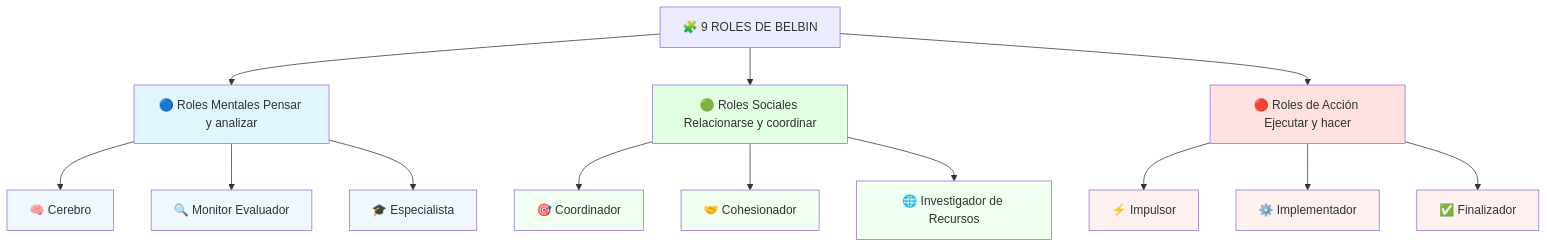
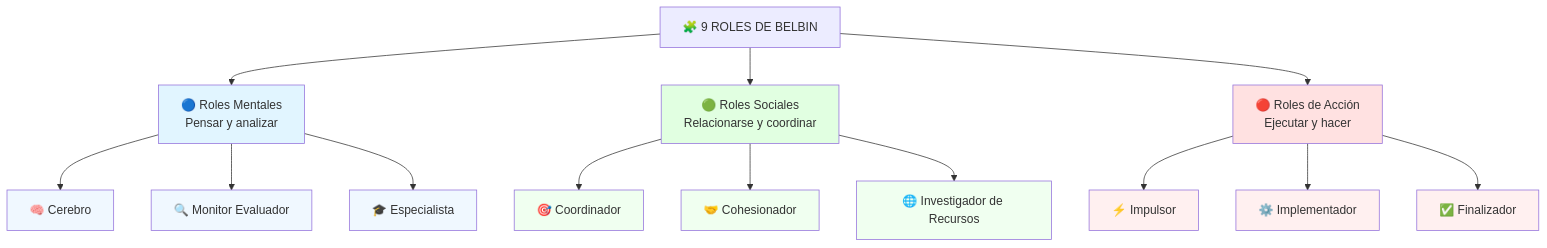
The diagram in Universidad/2do Semestre/Computación y Sociedad/Unidad 3 - Implicaciones Sociales/03 - Belbin.md (Fsteven22/Notas-de-Universidad-Freddy-Sanchez-), drawn with Mermaid before and after one commit. The commit also changed other lines of this file and 51 other files, not shown here.

````diff
--- a/Universidad/2do Semestre/Computación y Sociedad/Unidad 3 - Implicaciones Sociales/03 - Belbin.md
+++ b/Universidad/2do Semestre/Computación y Sociedad/Unidad 3 - Implicaciones Sociales/03 - Belbin.md
@@ -26,31 +26,31 @@
 ```mermaid
 graph TD
-    A[🧩 9 ROLES DE BELBIN] --> B[🔵 Roles Mentales Pensar y analizar]
-    A --> C[🟢 Roles Sociales Relacionarse y coordinar]
-    A --> D[🔴 Roles de Acción Ejecutar y hacer]
+    A[🧩 9 ROLES DE BELBIN] --> B[🔵 Roles Mentales<br/>Pensar y analizar]
+    A --> C[🟢 Roles Sociales<br/>Relacionarse y coordinar]
+    A --> D[🔴 Roles de Acción<br/>Ejecutar y hacer]
 
     B --> B1[🧠 Cerebro]
     B --> B2[🔍 Monitor Evaluador]
     B --> B3[🎓 Especialista]
 
     C --> C1[🎯 Coordinador]
     C --> C2[🤝 Cohesionador]
     C --> C3[🌐 Investigador de Recursos]
 
     D --> D1[⚡ Impulsor]
     D --> D2[⚙️ Implementador]
     D --> D3[✅ Finalizador]
 
     style B fill:#e1f5ff
     style C fill:#e1ffe1
     style D fill:#ffe1e1
     style B1 fill:#f0f8ff
     style B2 fill:#f0f8ff
     style B3 fill:#f0f8ff
     style C1 fill:#f0fff0
     style C2 fill:#f0fff0
     style C3 fill:#f0fff0
     style D1 fill:#fff0f0
     style D2 fill:#fff0f0
     style D3 fill:#fff0f0
 ```
````
